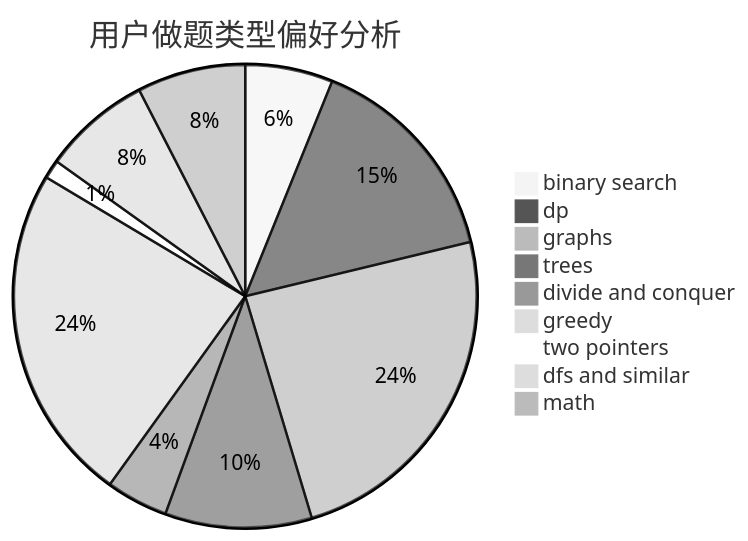
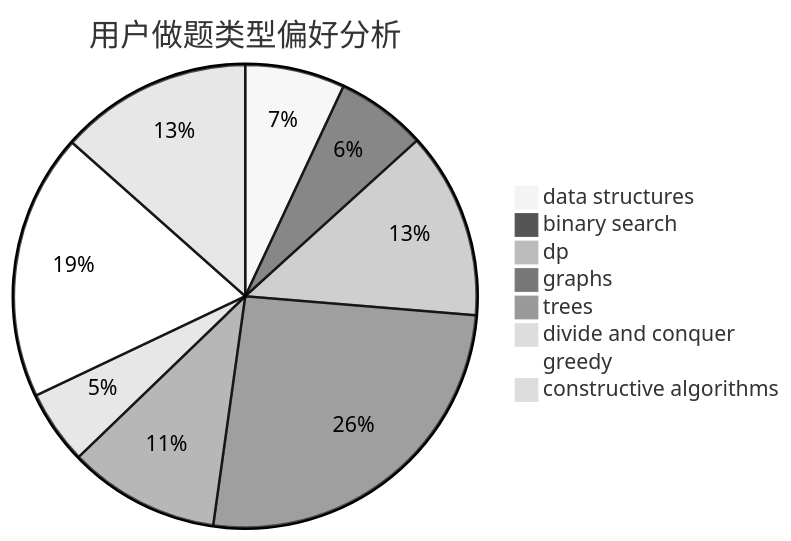
One commit to sherpahu/cfrs.github.io changed the second of 3 diagrams in docs/user/u32.md. Above: the diagram before and after it, drawn with Mermaid (neutral theme). The commit also changed other lines of this file and 2775 other files, not shown here.

````diff
--- a/docs/user/u32.md
+++ b/docs/user/u32.md
@@ -23,12 +23,11 @@
 ```mermaid
 pie title 用户做题类型偏好分析
-    "binary search" :  89
-    "dp" :  220
-    "graphs" :  351
-    "trees" :  149
+    "data structures" :  85
+    "binary search" :  77
+    "dp" :  159
+    "graphs" :  316
+    "trees" :  129
     "divide and conquer" :  63
-    "greedy" :  344
-    "two pointers" :  19
-    "dfs and similar" :  110
-    "math" :  110
+    "greedy" :  227
+    "constructive algorithms" :  164
 ```
````
